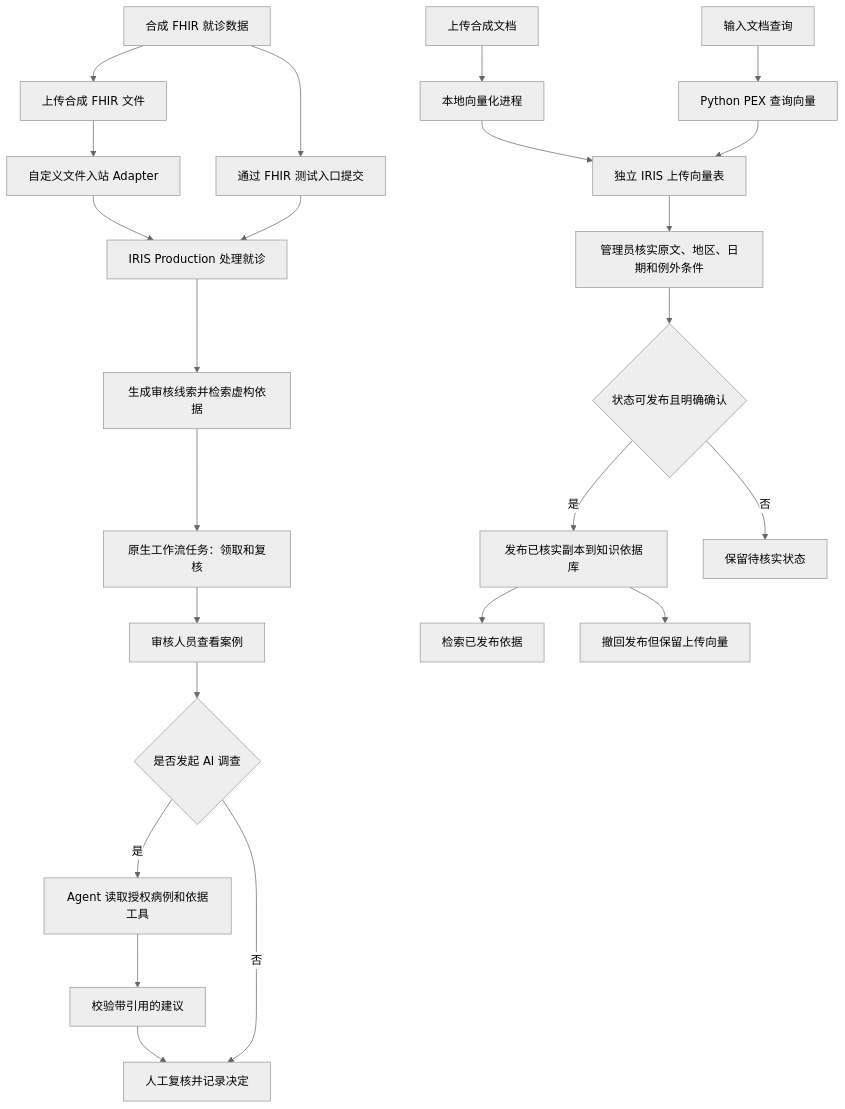
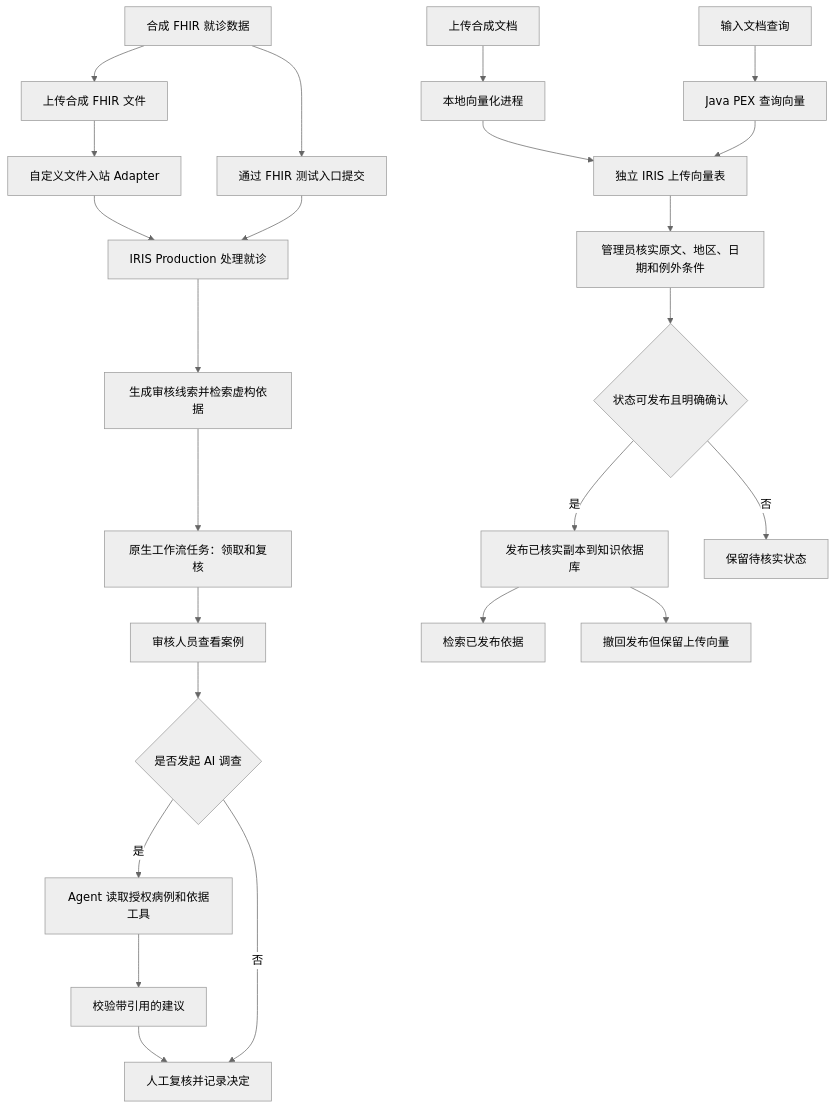
Before and after one commit to boanerges1227/MedicalInsuranceAudit: the first of 2 diagrams in README.zh-CN.md, drawn with Mermaid (neutral theme). The commit also changed other lines of this file and 18 other files, not shown here.

Commit message:
Replace Python PEX embeddings with Java ONNX operation

````diff
--- a/README.zh-CN.md
+++ b/README.zh-CN.md
@@ -50,26 +50,26 @@
 ```mermaid
 flowchart TD
     A[合成 FHIR 就诊数据] --> B[通过 FHIR 测试入口提交]
     A --> BF[上传合成 FHIR 文件]
     BF --> AD[自定义文件入站 Adapter]
     AD --> C[IRIS Production 处理就诊]
     B --> C
     C --> D[生成审核线索并检索虚构依据]
     D --> T[原生工作流任务：领取和复核]
     T --> E[审核人员查看案例]
     E --> F{是否发起 AI 调查}
     F -- 是 --> G[Agent 读取授权病例和依据工具]
     G --> H[校验带引用的建议]
     H --> I[人工复核并记录决定]
     F -- 否 --> I
     J[上传合成文档] --> K[本地向量化进程]
     K --> L[独立 IRIS 上传向量表]
-    Q[输入文档查询] --> P[Python PEX 查询向量]
+    Q[输入文档查询] --> P[Java PEX 查询向量]
     P --> L
     L --> M[管理员核实原文、地区、日期和例外条件]
     M --> N{状态可发布且明确确认}
     N -- 是 --> O[发布已核实副本到知识依据库]
     N -- 否 --> R[保留待核实状态]
     O --> S[检索已发布依据]
     O --> W[撤回发布但保留上传向量]
 ```
````
